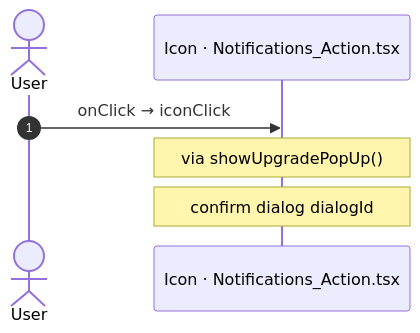
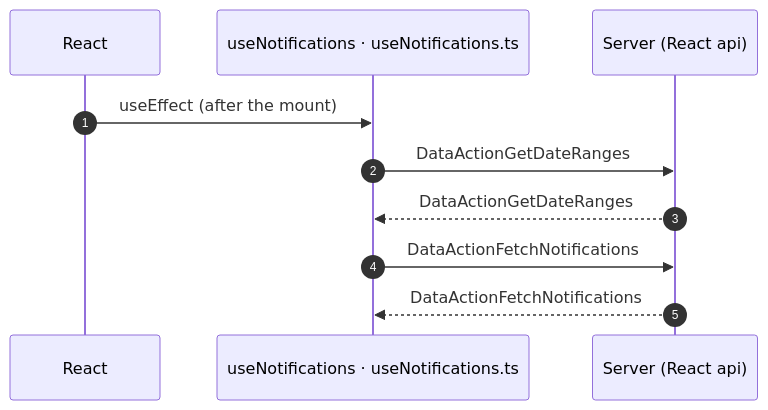
One commit to Phoenix-DX/connect-new-ui changed diagram 15 of 15 in route-actions/routes/Notifications.md. Above: the diagram before and after it, drawn with Mermaid. The commit also changed other lines of this file and 52 other files, not shown here.

````diff
--- a/route-actions/routes/Notifications.md
+++ b/route-actions/routes/Notifications.md
@@ -823,9 +460,12 @@
 ```mermaid
 sequenceDiagram
   autonumber
-  actor U as User
-  participant H as Icon · Notifications_Action.tsx
-  U->>H: onClick → iconClick
-  Note over H: via showUpgradePopUp()
-  Note over H: confirm dialog dialogId
+  participant R as React
+  participant H as useNotifications · useNotifications.ts
+  participant A as Server (React api)
+  R->>H: useEffect (after the mount)
+  H->>A: DataActionGetDateRanges
+  A-->>H: DataActionGetDateRanges
+  H->>A: DataActionFetchNotifications
+  A-->>H: DataActionFetchNotifications
 ```
````
